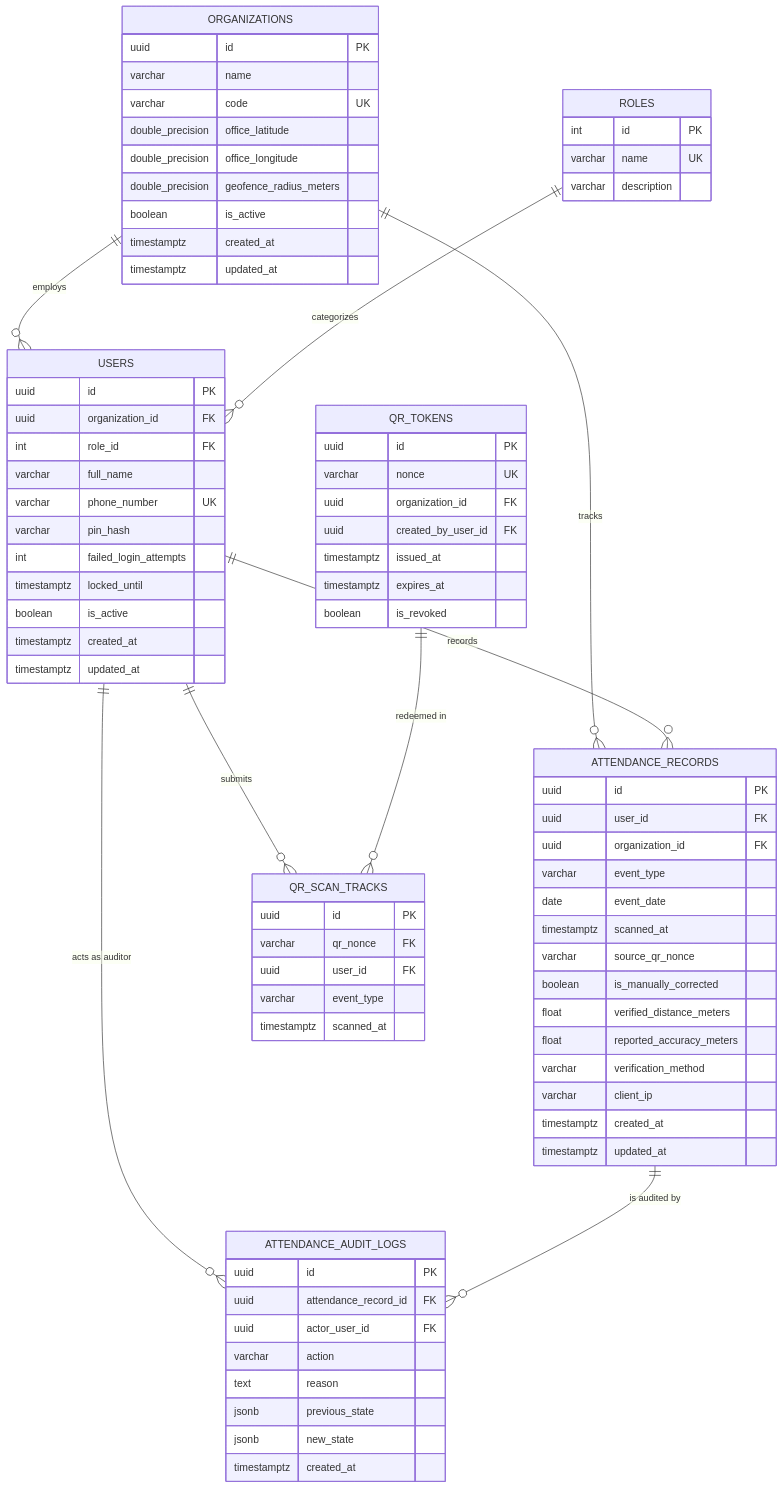
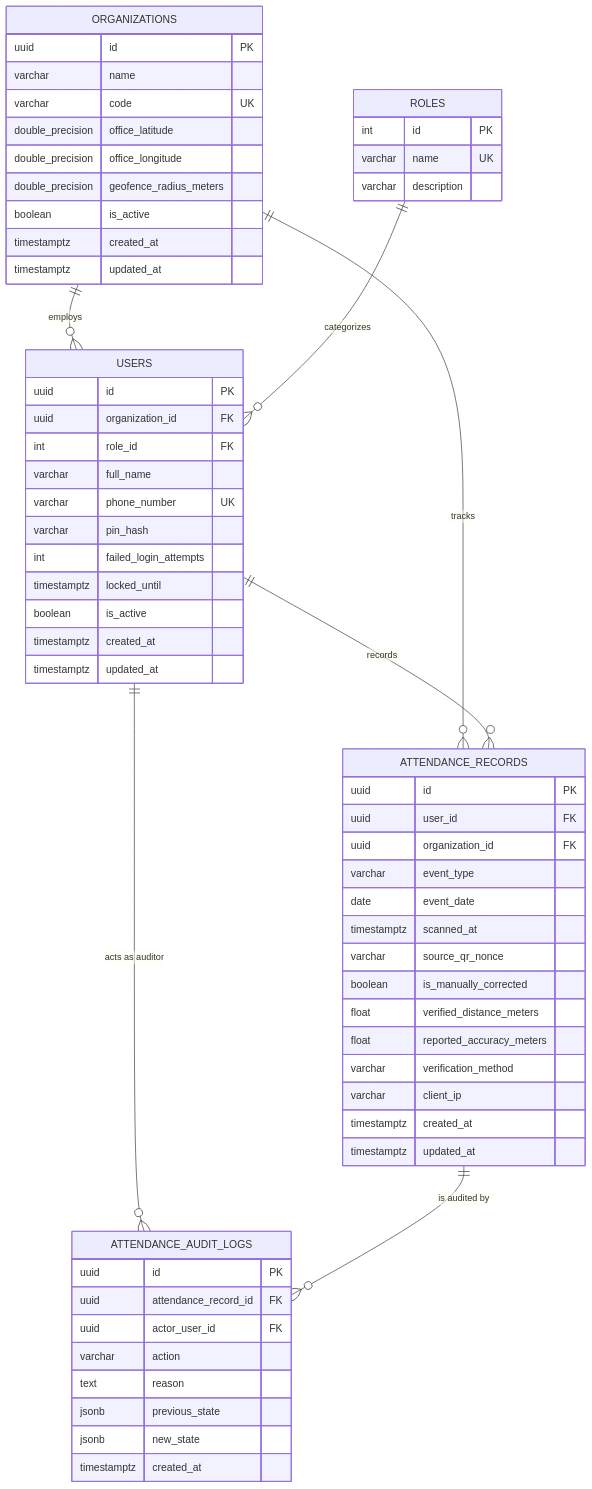
The diagram in docs/database-schema.md (Mohitingale13/SP-Records), drawn with Mermaid before and after one commit. The commit also changed other lines of this file and 3 other files, not shown here.

Commit message:
docs: finalize production documentation, architecture specs, and README with 50m geofencing and lean schema

````diff
--- a/docs/database-schema.md
+++ b/docs/database-schema.md
@@ -17,8 +17,6 @@
     USERS ||--o{ ATTENDANCE_RECORDS : "records"
     USERS ||--o{ ATTENDANCE_AUDIT_LOGS : "acts as auditor"
     ATTENDANCE_RECORDS ||--o{ ATTENDANCE_AUDIT_LOGS : "is audited by"
-    USERS ||--o{ QR_SCAN_TRACKS : "submits"
-    QR_TOKENS ||--o{ QR_SCAN_TRACKS : "redeemed in"
 
     ORGANIZATIONS {
         uuid id PK
@@ -79,22 +77,4 @@
         jsonb new_state
         timestamptz created_at
     }
-
-    QR_TOKENS {
-        uuid id PK
-        varchar nonce UK
-        uuid organization_id FK
-        uuid created_by_user_id FK
-        timestamptz issued_at
-        timestamptz expires_at
-        boolean is_revoked
-    }
-
-    QR_SCAN_TRACKS {
-        uuid id PK
-        varchar qr_nonce FK
-        uuid user_id FK
-        varchar event_type
-        timestamptz scanned_at
-    }
 ```
````
